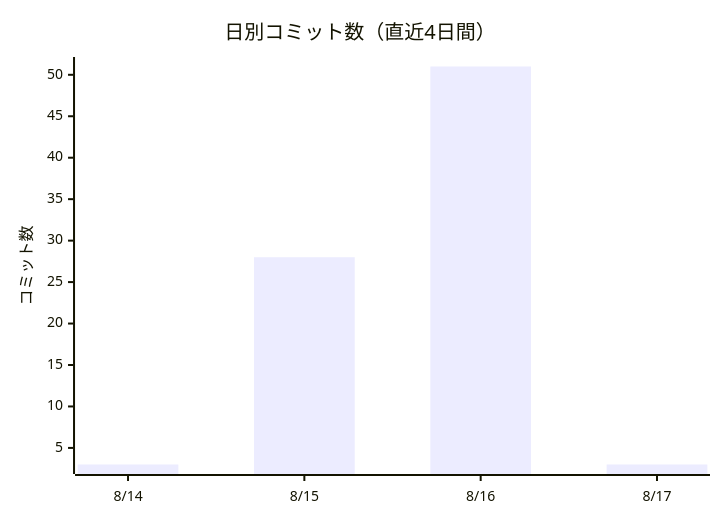
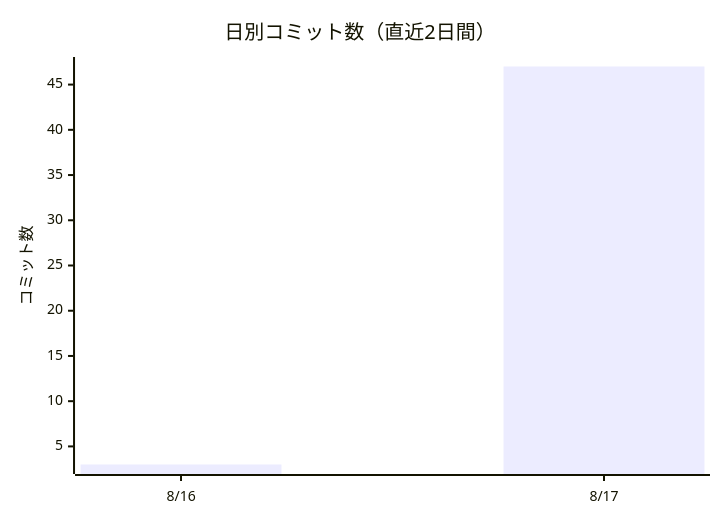
One commit to non-x2/non-x2 changed the first of 2 diagrams in docs/進化レポート.md. Above: the diagram before and after it, drawn with Mermaid. The commit also changed other lines of this file and 2 other files, not shown here.

````diff
--- a/docs/進化レポート.md
+++ b/docs/進化レポート.md
@@ -23,7 +23,7 @@
 ```mermaid
 xychart-beta
-    title "日別コミット数（直近4日間）"
-    x-axis ["8/14", "8/15", "8/16", "8/17"]
+    title "日別コミット数（直近2日間）"
+    x-axis ["8/16", "8/17"]
     y-axis "コミット数"
-    bar [3, 28, 51, 3]
+    bar [3, 47]
 ```
````
